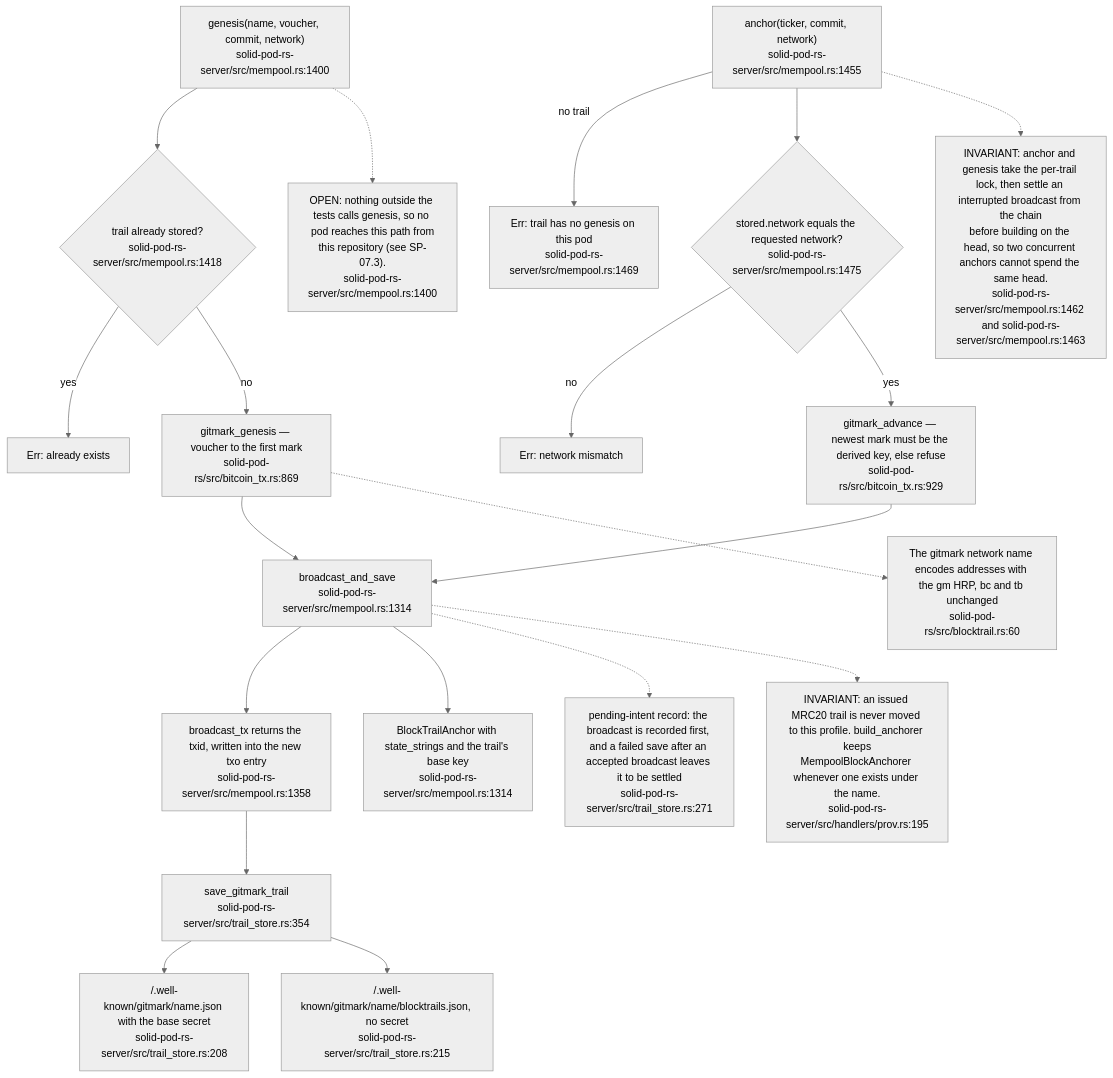
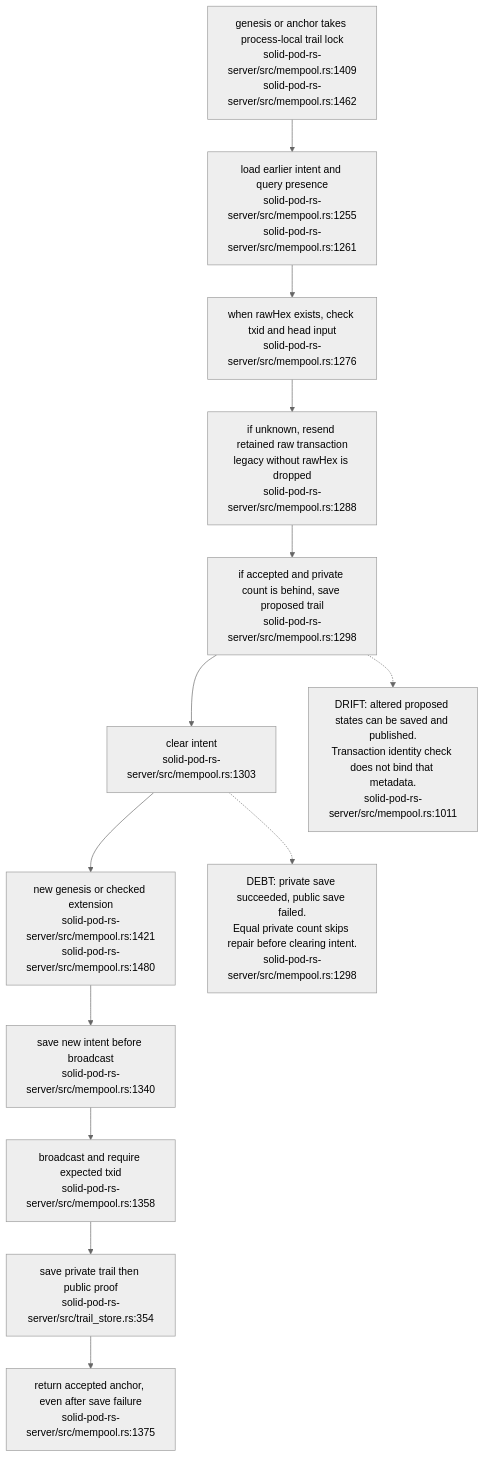
One commit to DreamLab-AI/VisionFlow changed diagram 19 of 19 in docs/diagrams/solid-pod-rs/07-provenance-and-payments.md. Above: the diagram before and after it, drawn with Mermaid (neutral theme). The commit also changed other lines of this file and 29 other files, not shown here.

Commit message:
docs: audit Solid anchor recovery and endpoint identity

````diff
--- a/docs/diagrams/solid-pod-rs/07-provenance-and-payments.md
+++ b/docs/diagrams/solid-pod-rs/07-provenance-and-payments.md
@@ -590,39 +593,19 @@
 ```mermaid
-flowchart TB
-    GEN["genesis(name, voucher, commit, network)<br/>solid-pod-rs-server/src/mempool.rs:1400"]
-    EXISTS{"trail already stored?<br/>solid-pod-rs-server/src/mempool.rs:1418"}
-    GG["gitmark_genesis — voucher to the first mark<br/>solid-pod-rs/src/bitcoin_tx.rs:869"]
-    ANC["anchor(ticker, commit, network)<br/>solid-pod-rs-server/src/mempool.rs:1455"]
-    NOGEN["Err: trail has no genesis on this pod<br/>solid-pod-rs-server/src/mempool.rs:1469"]
-    NETC{"stored.network equals the requested network?<br/>solid-pod-rs-server/src/mempool.rs:1475"}
-    GA["gitmark_advance — newest mark must be the derived key, else refuse<br/>solid-pod-rs/src/bitcoin_tx.rs:929"]
-    BAS["broadcast_and_save<br/>solid-pod-rs-server/src/mempool.rs:1314"]
-    BC["broadcast_tx returns the txid, written into the new txo entry<br/>solid-pod-rs-server/src/mempool.rs:1358"]
-    SAVE["save_gitmark_trail<br/>solid-pod-rs-server/src/trail_store.rs:354"]
-    P1["/.well-known/gitmark/name.json with the base secret<br/>solid-pod-rs-server/src/trail_store.rs:208"]
-    P2["/.well-known/gitmark/name/blocktrails.json, no secret<br/>solid-pod-rs-server/src/trail_store.rs:215"]
-    ANCHOR["BlockTrailAnchor with state_strings and the trail's base key<br/>solid-pod-rs-server/src/mempool.rs:1314"]
-
-    GEN --> EXISTS
-    EXISTS -- yes --> ERR1["Err: already exists"]
-    EXISTS -- no --> GG --> BAS
-    ANC -- no trail --> NOGEN
-    ANC --> NETC
-    NETC -- no --> ERR2["Err: network mismatch"]
-    NETC -- yes --> GA --> BAS
-    BAS --> BC --> SAVE
-    SAVE --> P1
-    SAVE --> P2
-    BAS --> ANCHOR
-
-    N["INVARIANT: anchor and genesis take the per-trail lock, then settle an interrupted broadcast from the chain<br/>before building on the head, so two concurrent anchors cannot spend the same head.<br/>solid-pod-rs-server/src/mempool.rs:1462 and solid-pod-rs-server/src/mempool.rs:1463"]
-    ANC -.-> N
-    INT["pending-intent record: the broadcast is recorded first, and a failed save after an accepted broadcast leaves it to be settled<br/>solid-pod-rs-server/src/trail_store.rs:271"]
-    BAS -.-> INT
-    N2["OPEN: nothing outside the tests calls genesis, so no pod reaches this path from<br/>this repository (see SP-07.3).<br/>solid-pod-rs-server/src/mempool.rs:1400"]
-    GEN -.-> N2
-    N3["INVARIANT: an issued MRC20 trail is never moved to this profile. build_anchorer keeps<br/>MempoolBlockAnchorer whenever one exists under the name.<br/>solid-pod-rs-server/src/handlers/prov.rs:195"]
-    BAS -.-> N3
-    N4["The gitmark network name encodes addresses with the gm HRP, bc and tb unchanged<br/>solid-pod-rs/src/blocktrail.rs:60"]
-    GG -.-> N4
+flowchart TD
+    CALL["genesis or anchor takes process-local trail lock<br/>solid-pod-rs-server/src/mempool.rs:1409<br/>solid-pod-rs-server/src/mempool.rs:1462"]
+    REC["load earlier intent and query presence<br/>solid-pod-rs-server/src/mempool.rs:1255<br/>solid-pod-rs-server/src/mempool.rs:1261"]
+    CHECK["when rawHex exists, check txid and head input<br/>solid-pod-rs-server/src/mempool.rs:1276"]
+    PRESENT["if unknown, resend retained raw transaction<br/>legacy without rawHex is dropped<br/>solid-pod-rs-server/src/mempool.rs:1288"]
+    SAVE["if accepted and private count is behind, save proposed trail<br/>solid-pod-rs-server/src/mempool.rs:1298"]
+    CLEAR["clear intent<br/>solid-pod-rs-server/src/mempool.rs:1303"]
+    BUILD["new genesis or checked extension<br/>solid-pod-rs-server/src/mempool.rs:1421<br/>solid-pod-rs-server/src/mempool.rs:1480"]
+    INT["save new intent before broadcast<br/>solid-pod-rs-server/src/mempool.rs:1340"]
+    BC["broadcast and require expected txid<br/>solid-pod-rs-server/src/mempool.rs:1358"]
+    FILES["save private trail then public proof<br/>solid-pod-rs-server/src/trail_store.rs:354"]
+    RET["return accepted anchor, even after save failure<br/>solid-pod-rs-server/src/mempool.rs:1375"]
+    CALL --> REC --> CHECK --> PRESENT --> SAVE --> CLEAR --> BUILD --> INT --> BC --> FILES --> RET
+    BAD["DRIFT: altered proposed states can be saved and published.<br/>Transaction identity check does not bind that metadata.<br/>solid-pod-rs-server/src/mempool.rs:1011"]
+    SAVE -.-> BAD
+    PART["DEBT: private save succeeded, public save failed.<br/>Equal private count skips repair before clearing intent.<br/>solid-pod-rs-server/src/mempool.rs:1298"]
+    CLEAR -.-> PART
 ```
````
